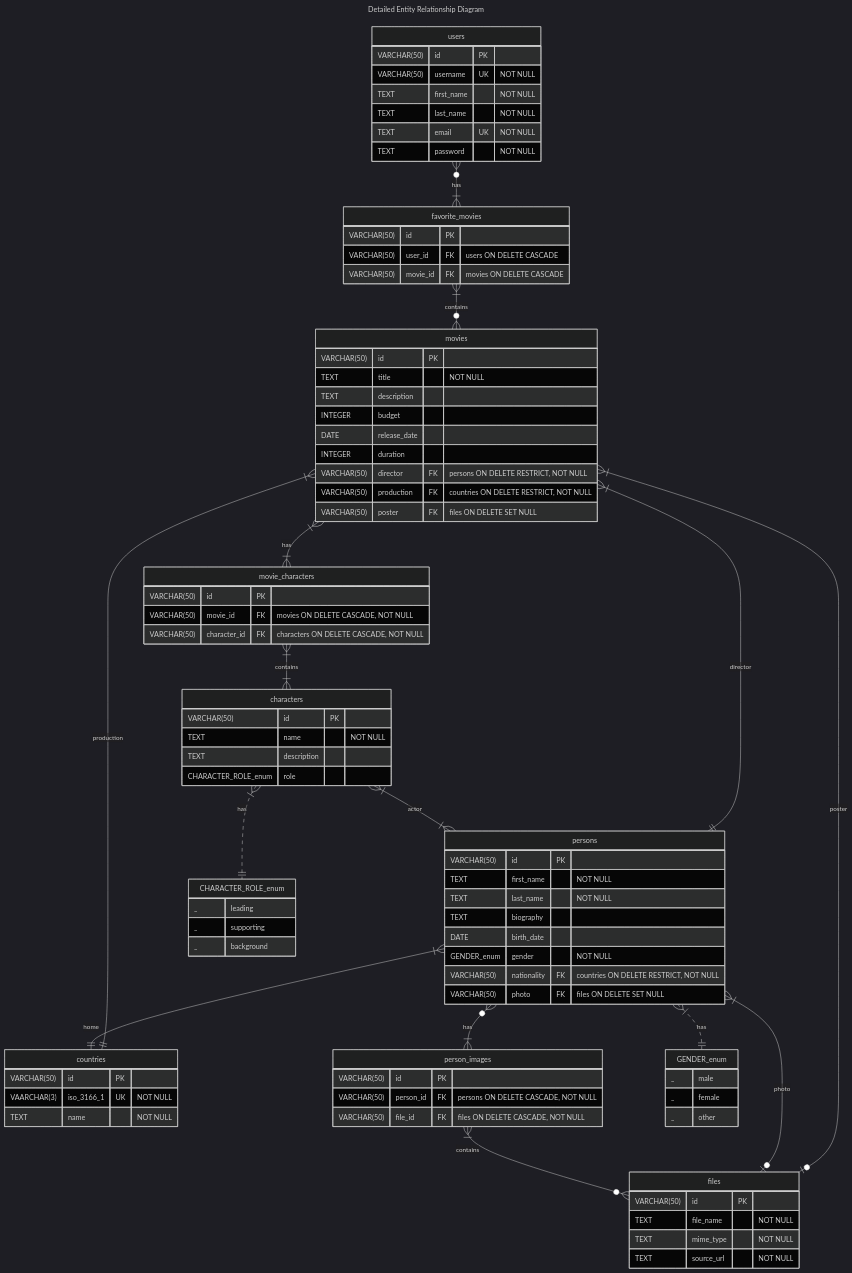
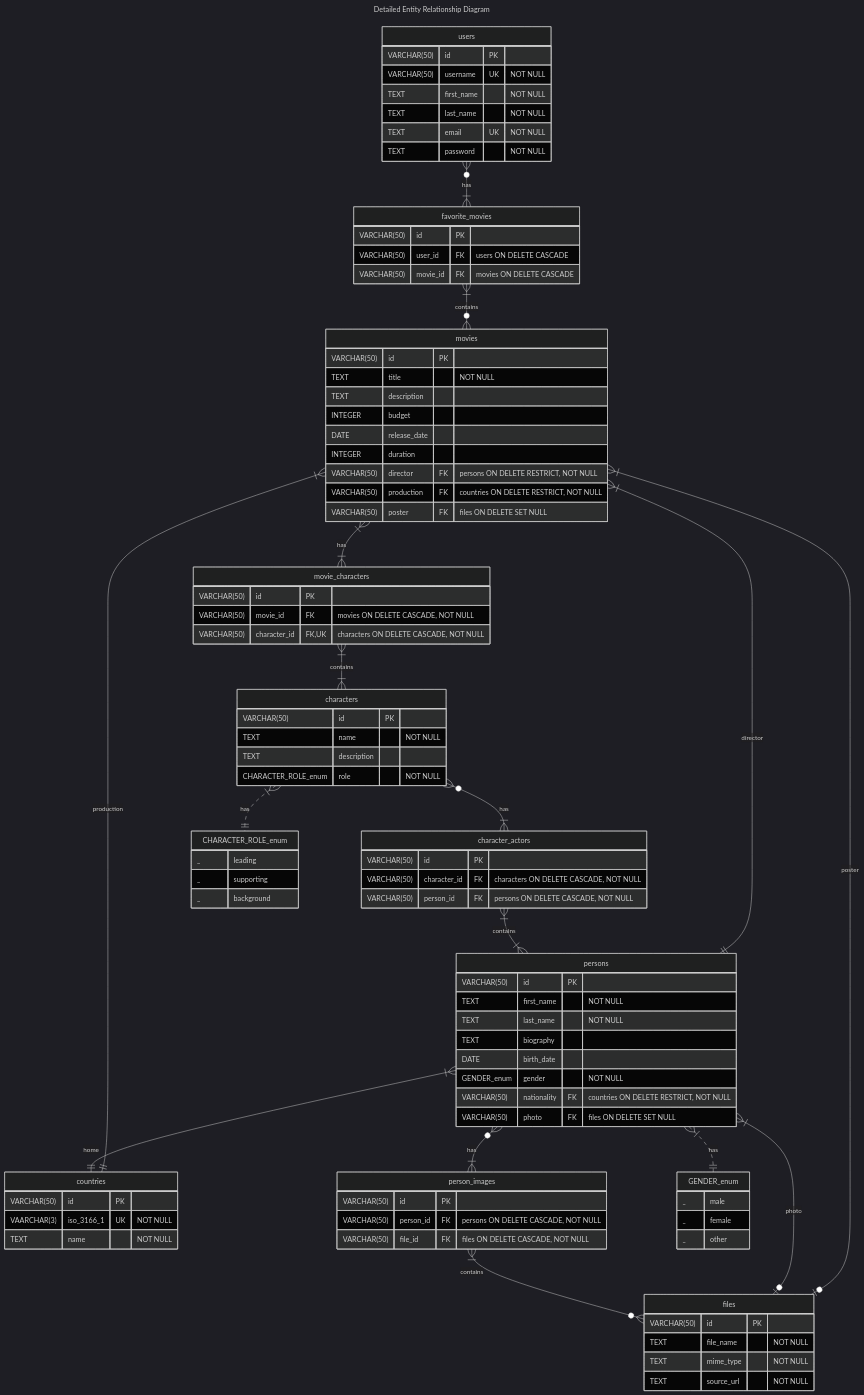
The second of 2 diagrams in README.md (KeidsID/bsa-2024-db-sql), drawn with Mermaid (dark theme) before and after one commit. The commit also changed other lines of this file and 1 other file, not shown here.

Commit message:
fix(sql/data): fix missing constraints and relations table.

```diff
--- a/README.md
+++ b/README.md
@@ -50,7 +49,8 @@
   persons }o--|{ person_images: has
   person_images }|--o{ files : contains
 
-  characters }|--|{ persons : actor
+  characters }o--|{ character_actors : has
+  character_actors }|--|{ persons : contains
 
   users {
     VARCHAR(50) id PK
@@ -87,7 +87,7 @@
   movie_characters {
     VARCHAR(50) id PK
     VARCHAR(50) movie_id FK "movies ON DELETE CASCADE, NOT NULL"
-    VARCHAR(50) character_id FK "characters ON DELETE CASCADE, NOT NULL"
+    VARCHAR(50) character_id FK,UK "characters ON DELETE CASCADE, NOT NULL"
   }
 
   enum_cr[CHARACTER_ROLE_enum] {
@@ -99,9 +99,14 @@
     VARCHAR(50) id PK
     TEXT name "NOT NULL"
     TEXT description
-    CHARACTER_ROLE_enum role
+    CHARACTER_ROLE_enum role "NOT NULL"
   }
   characters }|..|| enum_cr : has
+  character_actors {
+    VARCHAR(50) id PK
+    VARCHAR(50) character_id FK "characters ON DELETE CASCADE, NOT NULL"
+    VARCHAR(50) person_id FK "persons ON DELETE CASCADE, NOT NULL"
+  }
 
   enum_g[GENDER_enum] {
     _ male
```
